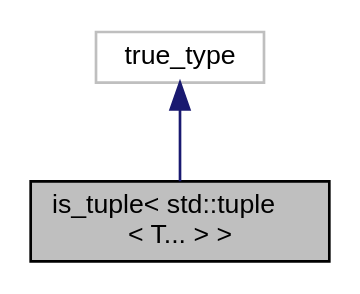
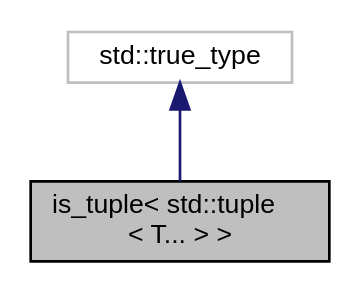
Before and after one commit to Rishat22/ConditionalIPAddressPrintingFunction: the diagram in structis__tuple_3_01std_1_1tuple_3_01T_8_8_8_01_4_01_4__inherit__graph.dot, drawn with Graphviz. The commit also changed 45 other files, not shown here.

```diff
--- a/structis__tuple_3_01std_1_1tuple_3_01T_8_8_8_01_4_01_4__inherit__graph.dot
+++ b/structis__tuple_3_01std_1_1tuple_3_01T_8_8_8_01_4_01_4__inherit__graph.dot
@@ -1,9 +1,9 @@
 digraph "is_tuple&lt; std::tuple&lt; T... &gt; &gt;"
 {
  // LATEX_PDF_SIZE
   edge [fontname="Helvetica",fontsize="10",labelfontname="Helvetica",labelfontsize="10"];
   node [fontname="Helvetica",fontsize="10",shape=record];
   Node1 [label="is_tuple\< std::tuple\l\< T... \> \>",height=0.2,width=0.4,color="black", fillcolor="grey75", style="filled", fontcolor="black",tooltip=" "];
   Node2 -> Node1 [dir="back",color="midnightblue",fontsize="10",style="solid",fontname="Helvetica"];
-  Node2 [label="true_type",height=0.2,width=0.4,color="grey75", fillcolor="white", style="filled",tooltip=" "];
+  Node2 [label="std::true_type",height=0.2,width=0.4,color="grey75", fillcolor="white", style="filled",tooltip=" "];
 }
```
